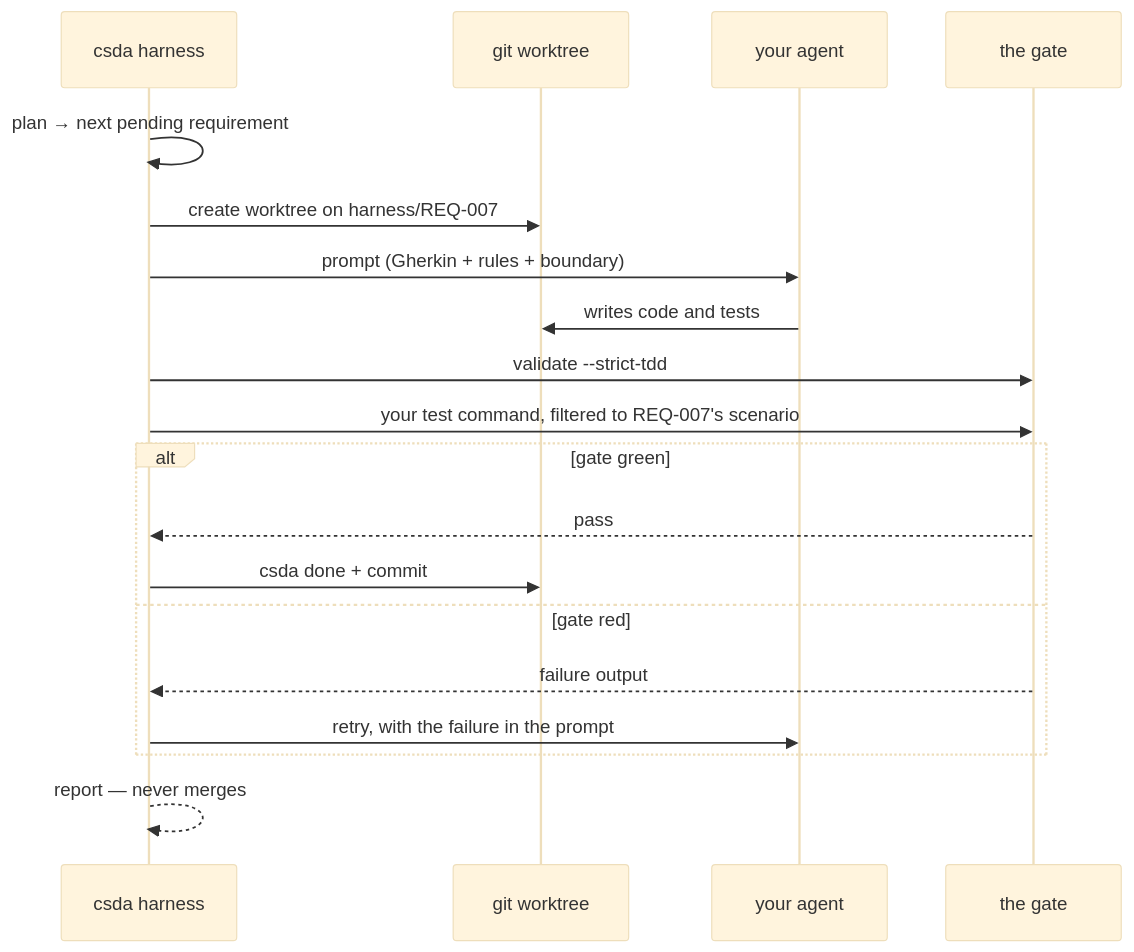
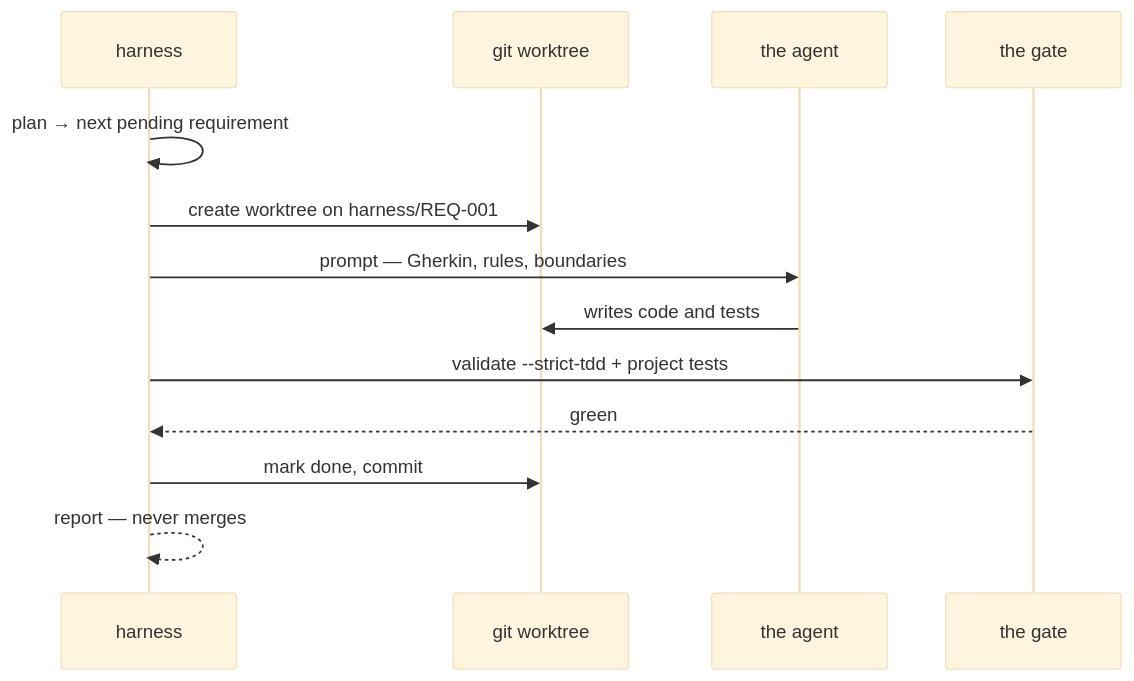
One commit to rsaglobaltech/spec-driven-development-template changed the second of 2 diagrams in docs/articles/specs-that-cannot-lie.md. Above: the diagram before and after it, drawn with Mermaid (base theme). The commit also changed other lines of this file, not shown here.

````diff
--- a/docs/articles/specs-that-cannot-lie.md
+++ b/docs/articles/specs-that-cannot-lie.md
@@ -344,22 +110,16 @@
 ```mermaid
 sequenceDiagram
-  participant H as csda harness
+  participant H as harness
   participant W as git worktree
-  participant A as your agent
+  participant A as the agent
   participant G as the gate
 
   H->>H: plan → next pending requirement
-  H->>W: create worktree on harness/REQ-007
-  H->>A: prompt (Gherkin + rules + boundary)
+  H->>W: create worktree on harness/REQ-001
+  H->>A: prompt — Gherkin, rules, boundaries
   A->>W: writes code and tests
-  H->>G: validate --strict-tdd
-  H->>G: your test command, filtered to REQ-007's scenario
-  alt gate green
-    G-->>H: pass
-    H->>W: csda done + commit
-  else gate red
-    G-->>H: failure output
-    H->>A: retry, with the failure in the prompt
-  end
+  H->>G: validate --strict-tdd + project tests
+  G-->>H: green
+  H->>W: mark done, commit
   H-->>H: report — never merges
 ```
````
